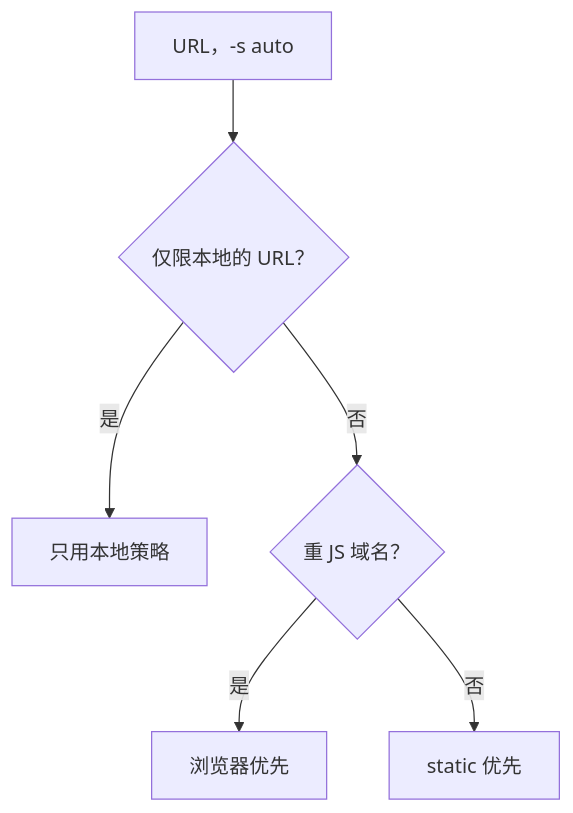
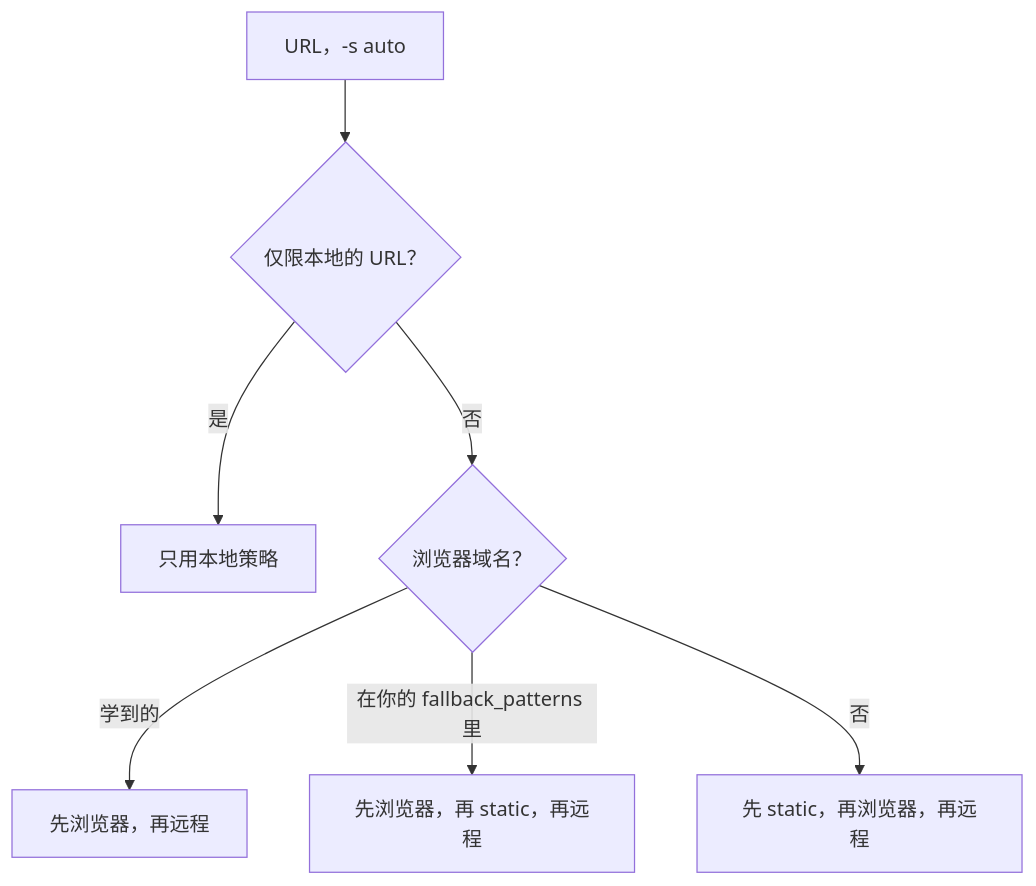
Before and after one commit to Ynewtime/markitai: the first of 2 diagrams in website/zh/guide/fetch-policy.md, drawn with Mermaid. The commit also changed other lines of this file and 38 other files, not shown here.

````diff
--- a/website/zh/guide/fetch-policy.md
+++ b/website/zh/guide/fetch-policy.md
@@ -24,8 +21,9 @@
 ```mermaid
 flowchart TD
   U["URL，-s auto"] --> L{"仅限本地的 URL？"}
   L -->|是| LO[只用本地策略]
-  L -->|否| S{"重 JS 域名？"}
-  S -->|是| SPA[浏览器优先]
-  S -->|否| D[static 优先]
+  L -->|否| S{"浏览器域名？"}
+  S -->|"学到的"| B[先浏览器，再远程]
+  S -->|"在你的 fallback_patterns 里"| BS[先浏览器，再 static，再远程]
+  S -->|否| D[先 static，再浏览器，再远程]
 ```
````
